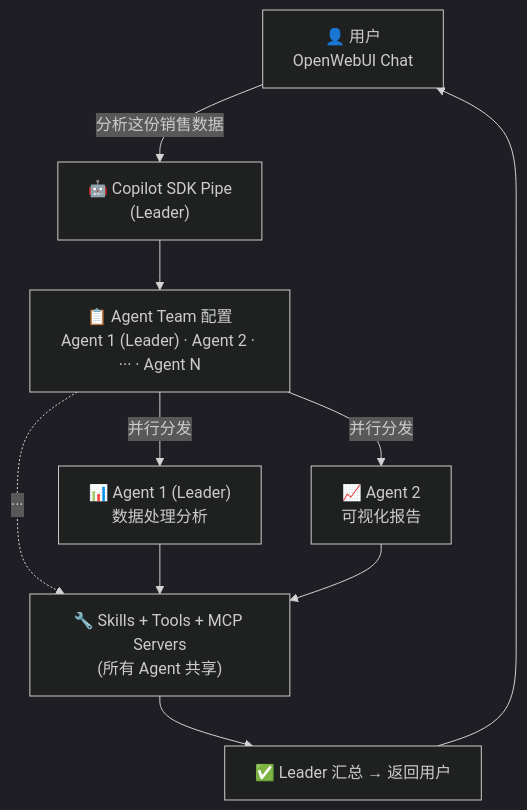
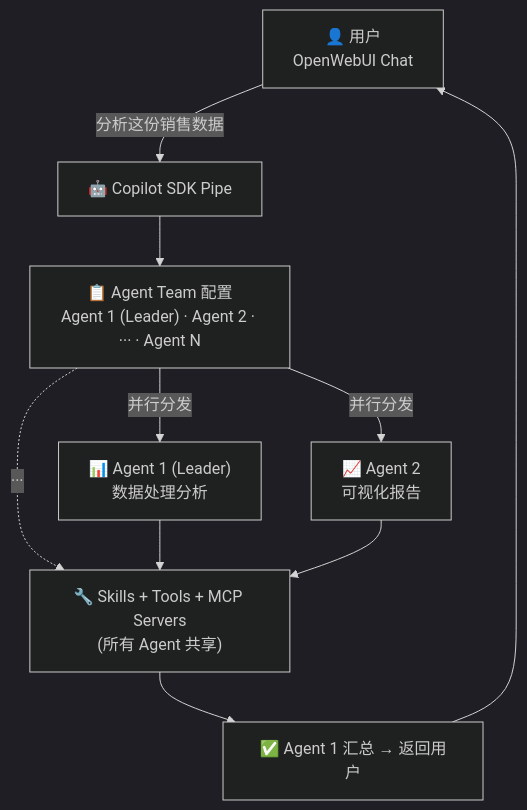
Before and after one commit to MarceloMassarente/openwebui-extensions: the diagram in plugins/pipes/github-copilot-sdk/community_post_CN.md, drawn with Mermaid (dark theme). The commit also changed other lines of this file and 1 other file, not shown here.

Commit message:
docs(github-copilot-sdk): align community post text with Agent 1 as leader

````diff
--- a/plugins/pipes/github-copilot-sdk/community_post_CN.md
+++ b/plugins/pipes/github-copilot-sdk/community_post_CN.md
@@ -28,20 +28,20 @@
 ```mermaid
 flowchart TD
     User["👤 用户<br/>OpenWebUI Chat"]
-    Pipe["🤖 Copilot SDK Pipe<br/>(Leader)"]
+    Pipe["🤖 Copilot SDK Pipe"]
     Config["📋 Agent Team 配置<br/>Agent 1 (Leader) · Agent 2 · ··· · Agent N"]
     A1["📊 Agent 1 (Leader)<br/>数据处理分析"]
     A2["📈 Agent 2<br/>可视化报告"]
     Tools["🔧 Skills + Tools + MCP Servers<br/>(所有 Agent 共享)"]
-    Result["✅ Leader 汇总 → 返回用户"]
+    Result["✅ Agent 1 汇总 → 返回用户"]
 
     User -->|"分析这份销售数据"| Pipe
     Pipe --> Config
     Config -->|"并行分发"| A1
     Config -->|"并行分发"| A2
     Config -.->|"···"| Tools
     A1 --> Tools
     A2 --> Tools
     Tools --> Result
     Result --> User
 ```
````
